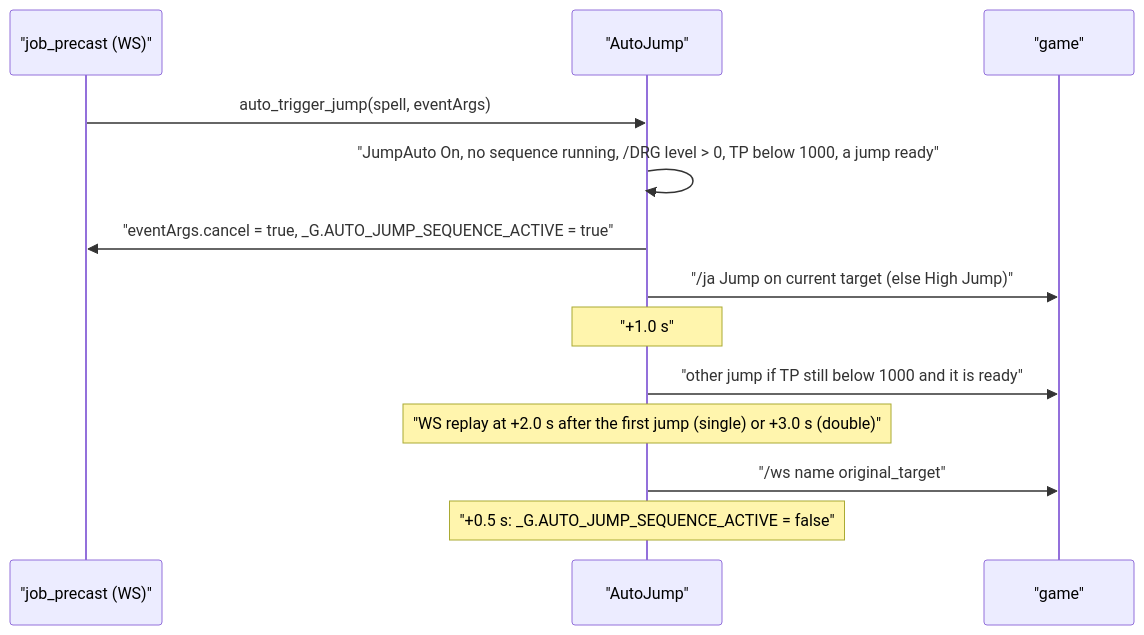
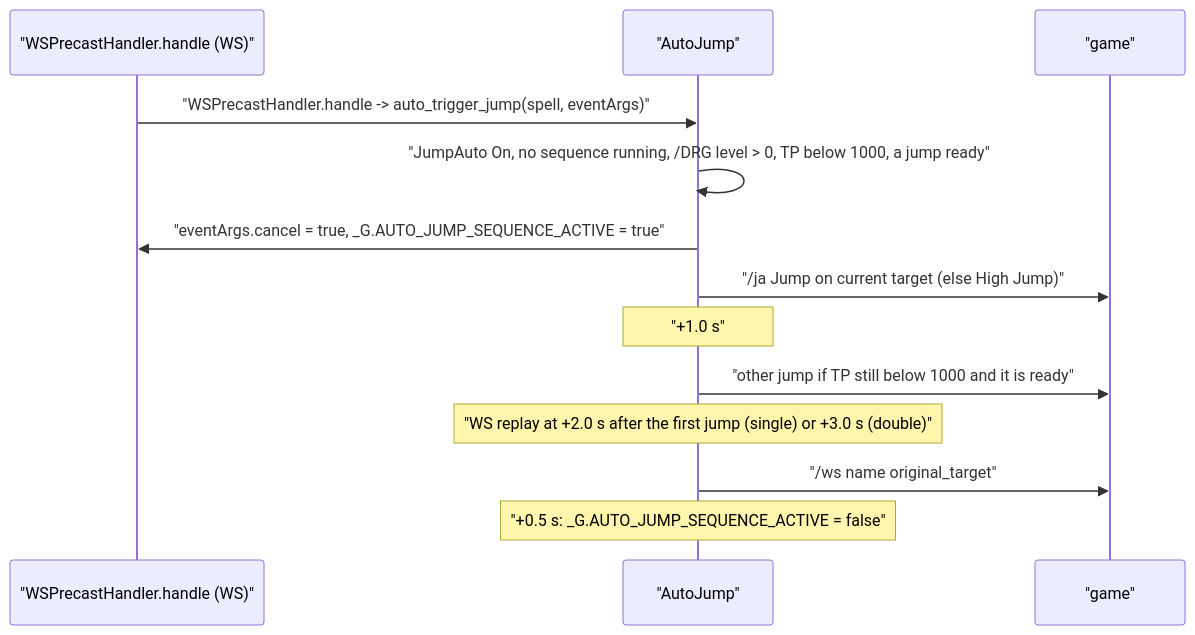
The fourth of 5 diagrams in docs/dev/systems/factories-and-helpers.md (ejouanchicot/Gearswap), drawn with Mermaid before and after one commit. The commit also changed other lines of this file and 90 other files, not shown here.

First line of the commit message:
docs: _common, WHERE-IS-WHAT.txt, smartbuff and Jump Auto on every job

````diff
--- a/docs/dev/systems/factories-and-helpers.md
+++ b/docs/dev/systems/factories-and-helpers.md
@@ -374,15 +377,15 @@
 ```mermaid
 sequenceDiagram
-    participant P as "job_precast (WS)"
+    participant P as "WSPrecastHandler.handle (WS)"
     participant J as "AutoJump"
     participant G as "game"
-    P->>J: auto_trigger_jump(spell, eventArgs)
+    P->>J: "WSPrecastHandler.handle -> auto_trigger_jump(spell, eventArgs)"
     J->>J: "JumpAuto On, no sequence running, /DRG level > 0, TP below 1000, a jump ready"
     J->>P: "eventArgs.cancel = true, _G.AUTO_JUMP_SEQUENCE_ACTIVE = true"
     J->>G: "/ja Jump on current target (else High Jump)"
     Note over J: "+1.0 s"
     J->>G: "other jump if TP still below 1000 and it is ready"
     Note over J: "WS replay at +2.0 s after the first jump (single) or +3.0 s (double)"
     J->>G: "/ws name original_target"
     Note over J: "+0.5 s: _G.AUTO_JUMP_SEQUENCE_ACTIVE = false"
 ```
````
